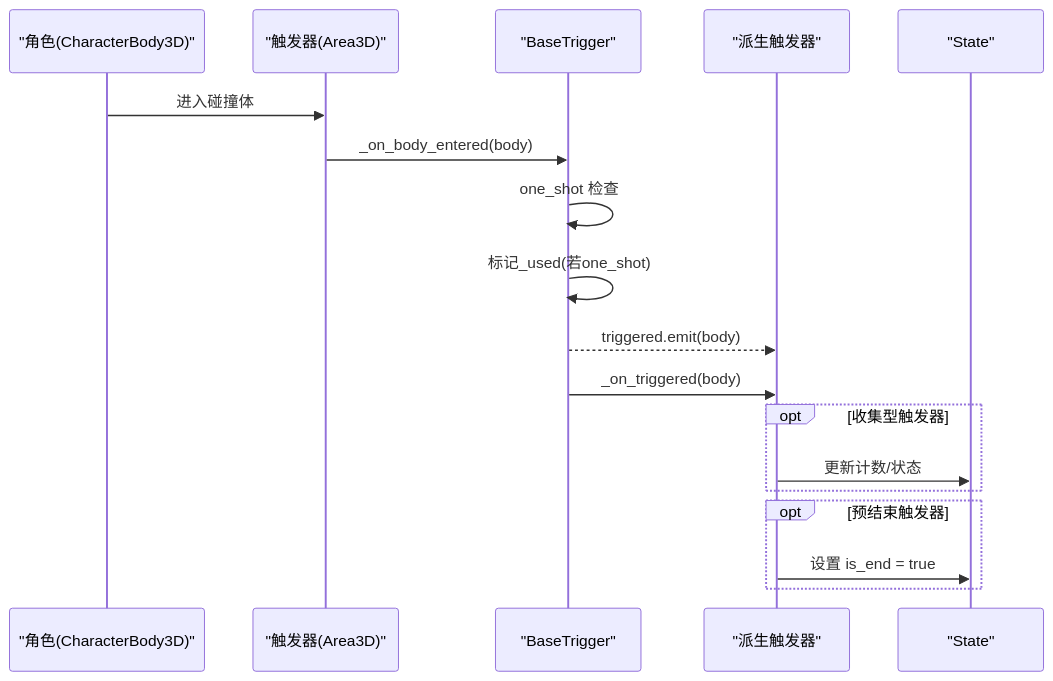
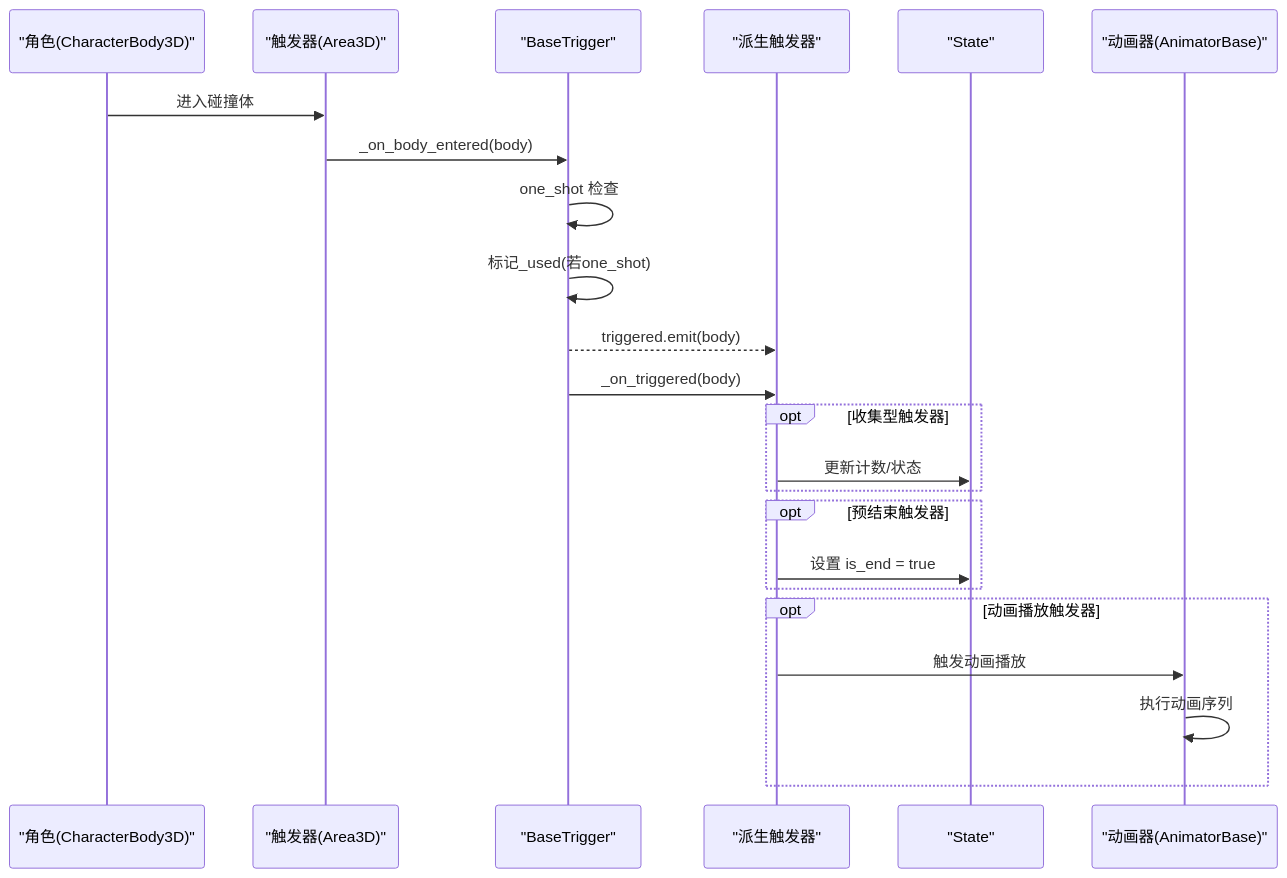
Before and after one commit to godotline/godot-line: the second of 12 diagrams in .qoder/repowiki/zh/content/游戏系统/触发器系统/触发器系统.md, drawn with Mermaid. The commit also changed other lines of this file and 13 other files, not shown here.

````diff
--- a/.qoder/repowiki/zh/content/游戏系统/触发器系统/触发器系统.md
+++ b/.qoder/repowiki/zh/content/游戏系统/触发器系统/触发器系统.md
@@ -154,20 +161,25 @@
 ```mermaid
 sequenceDiagram
 participant Player as "角色(CharacterBody3D)"
 participant Trigger as "触发器(Area3D)"
 participant Base as "BaseTrigger"
 participant Child as "派生触发器"
 participant State as "State"
+participant Animator as "动画器(AnimatorBase)"
 Player->>Trigger : 进入碰撞体
 Trigger->>Base : _on_body_entered(body)
 Base->>Base : one_shot 检查
 Base->>Base : 标记_used(若one_shot)
 Base-->>Child : triggered.emit(body)
 Base->>Child : _on_triggered(body)
 opt 收集型触发器
 Child->>State : 更新计数/状态
 end
 opt 预结束触发器
 Child->>State : 设置 is_end = true
 end
+opt 动画播放触发器
+Child->>Animator : 触发动画播放
+Animator->>Animator : 执行动画序列
+end
 ```
````
